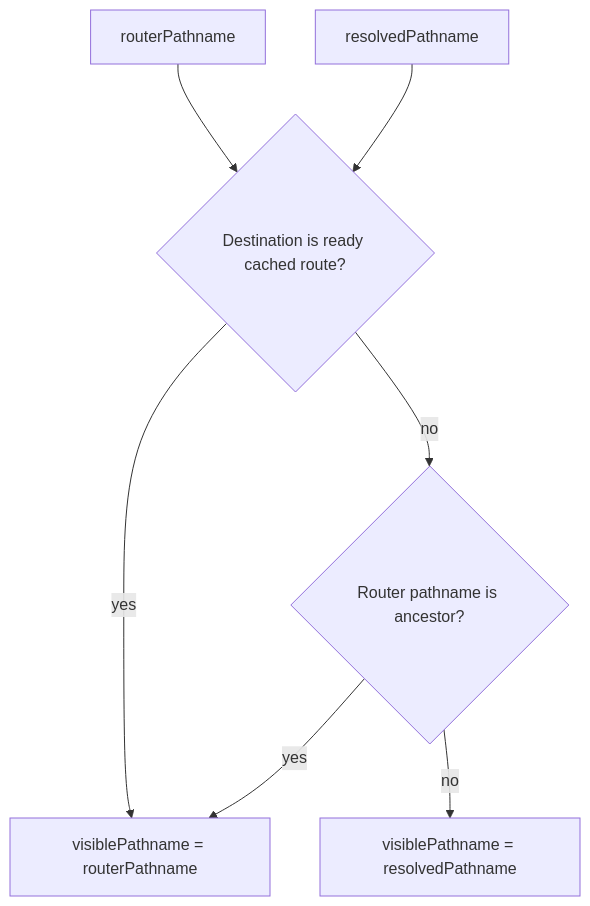
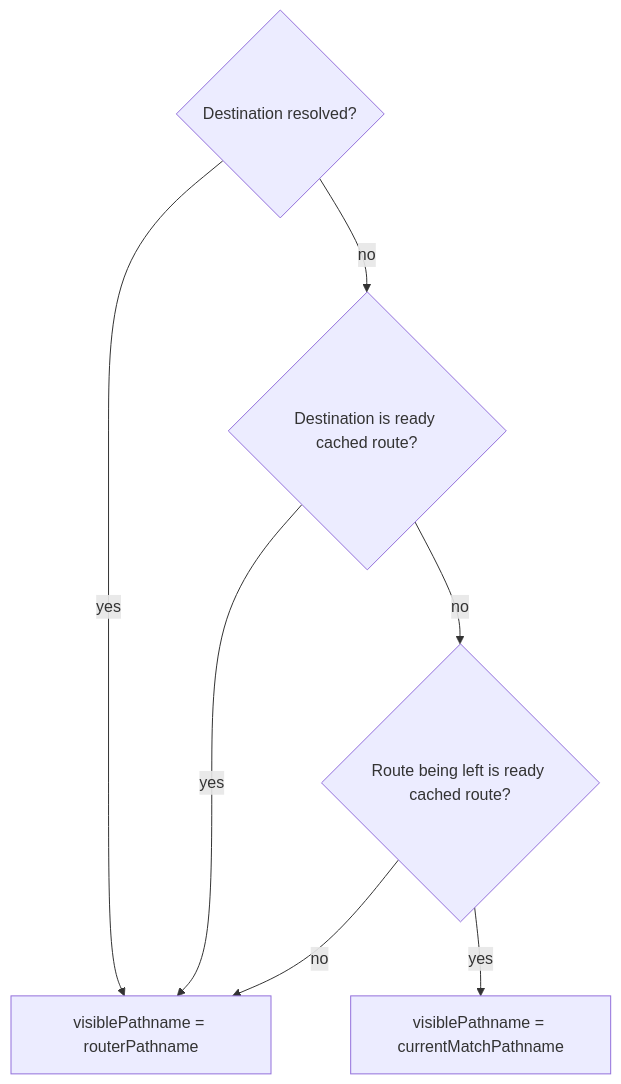
One commit to santiago-ramos-02/tanstack-router-cache changed the seventh of 16 diagrams in docs/architecture.md. Above: the diagram before and after it, drawn with Mermaid. The commit also changed other lines of this file and 6 other files, not shown here.

````diff
--- a/docs/architecture.md
+++ b/docs/architecture.md
@@ -246,16 +246,15 @@
 ```mermaid
 flowchart TD
-  routerPathname["routerPathname"]
-  resolvedPathname["resolvedPathname"]
+  resolved{"Destination resolved?"}
   readyDestination{"Destination is ready cached route?"}
-  ancestor{"Router pathname is ancestor?"}
+  readyLeaving{"Route being left is ready cached route?"}
   useRouter["visiblePathname = routerPathname"]
-  useResolved["visiblePathname = resolvedPathname"]
+  useLeaving["visiblePathname = currentMatchPathname"]
 
-  routerPathname --> readyDestination
-  resolvedPathname --> readyDestination
+  resolved -- yes --> useRouter
+  resolved -- no --> readyDestination
   readyDestination -- yes --> useRouter
-  readyDestination -- no --> ancestor
-  ancestor -- yes --> useRouter
-  ancestor -- no --> useResolved
+  readyDestination -- no --> readyLeaving
+  readyLeaving -- yes --> useLeaving
+  readyLeaving -- no --> useRouter
 ```
````
